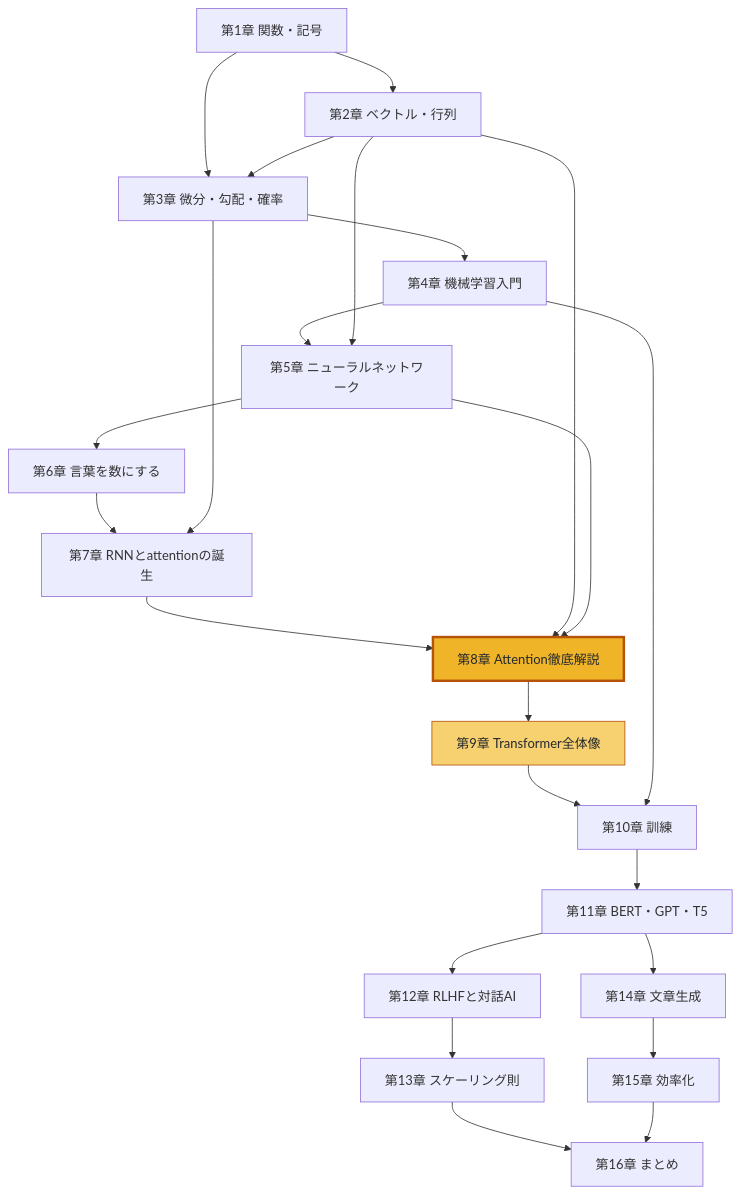
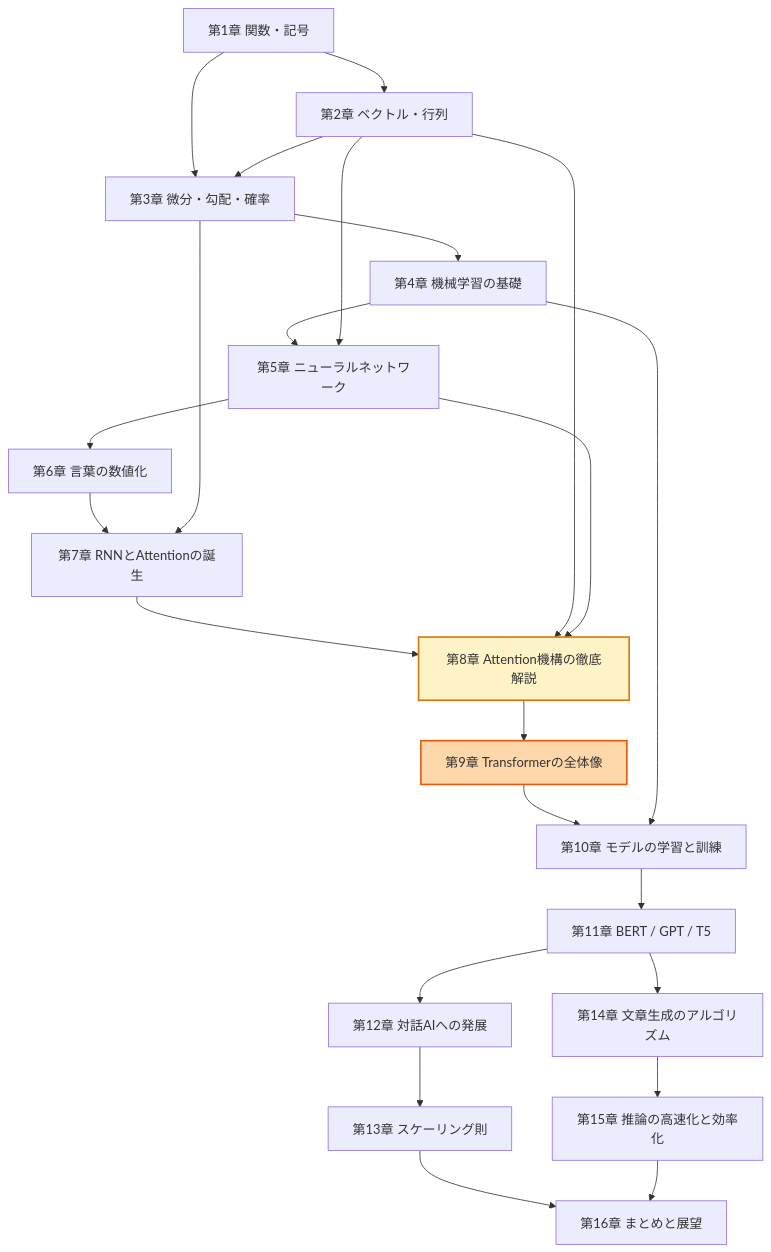
One commit to shin4488/learning-transformer changed the diagram in README.md. Above: the diagram before and after it, drawn with Mermaid. The commit also changed other lines of this file, not shown here.

````diff
--- a/README.md
+++ b/README.md
@@ -55,28 +21,28 @@
 ```mermaid
 graph TD
     C1["第1章 関数・記号"] --> C2["第2章 ベクトル・行列"]
     C1 --> C3["第3章 微分・勾配・確率"]
     C2 --> C3
-    C3 --> C4["第4章 機械学習入門"]
+    C3 --> C4["第4章 機械学習の基礎"]
     C4 --> C5["第5章 ニューラルネットワーク"]
     C2 --> C5
-    C5 --> C6["第6章 言葉を数にする"]
-    C6 --> C7["第7章 RNNとattentionの誕生"]
+    C5 --> C6["第6章 言葉の数値化"]
+    C6 --> C7["第7章 RNNとAttentionの誕生"]
     C3 --> C7
-    C7 --> C8["第8章 Attention徹底解説"]
+    C7 --> C8["第8章 Attention機構の徹底解説"]
     C2 --> C8
     C5 --> C8
-    C8 --> C9["第9章 Transformer全体像"]
-    C9 --> C10["第10章 訓練"]
+    C8 --> C9["第9章 Transformerの全体像"]
+    C9 --> C10["第10章 モデルの学習と訓練"]
     C4 --> C10
-    C10 --> C11["第11章 BERT・GPT・T5"]
-    C11 --> C12["第12章 RLHFと対話AI"]
+    C10 --> C11["第11章 BERT / GPT / T5"]
+    C11 --> C12["第12章 対話AIへの発展"]
     C12 --> C13["第13章 スケーリング則"]
-    C11 --> C14["第14章 文章生成"]
-    C14 --> C15["第15章 効率化"]
-    C13 --> C16["第16章 まとめ"]
+    C11 --> C14["第14章 文章生成のアルゴリズム"]
+    C14 --> C15["第15章 推論の高速化と効率化"]
+    C13 --> C16["第16章 まとめと展望"]
     C15 --> C16
 
-    style C8 fill:#f0b429,stroke:#b45309,stroke-width:3px,color:#24292f
-    style C9 fill:#f7d070,stroke:#b45309,color:#24292f
+    style C8 fill:#fef3c7,stroke:#d97706,stroke-width:2px
+    style C9 fill:#fed7aa,stroke:#ea580c,stroke-width:2px
 ```
````
